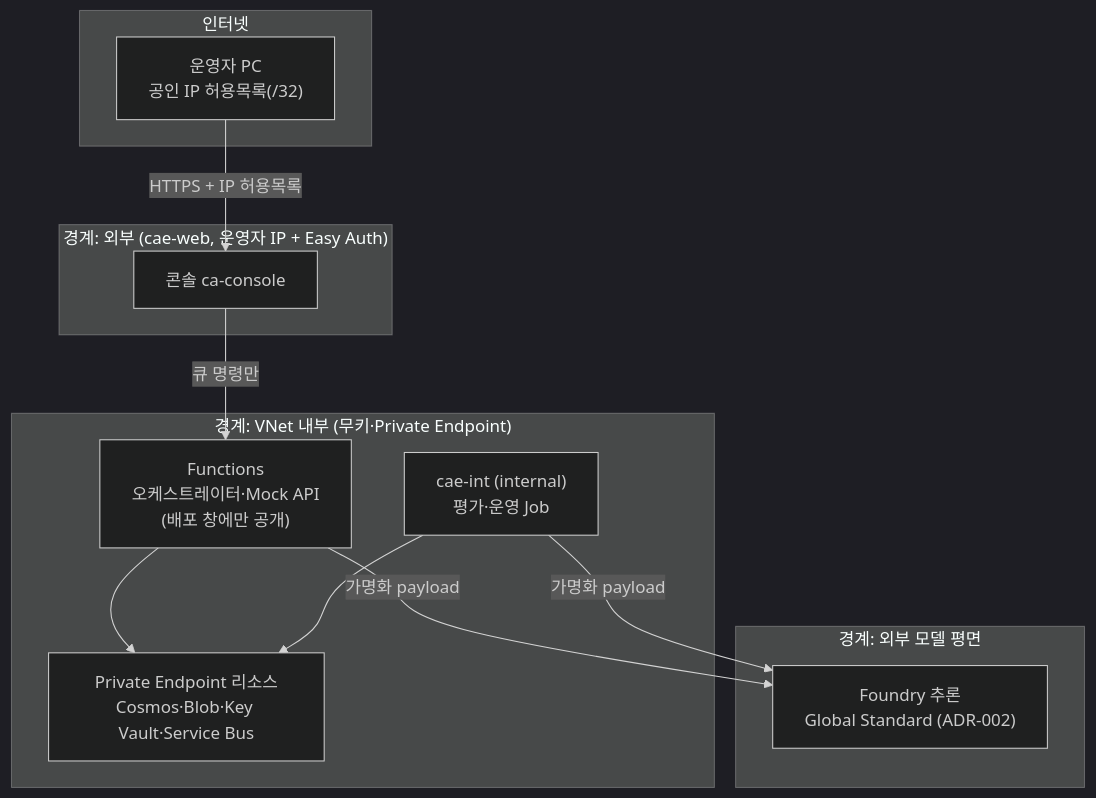
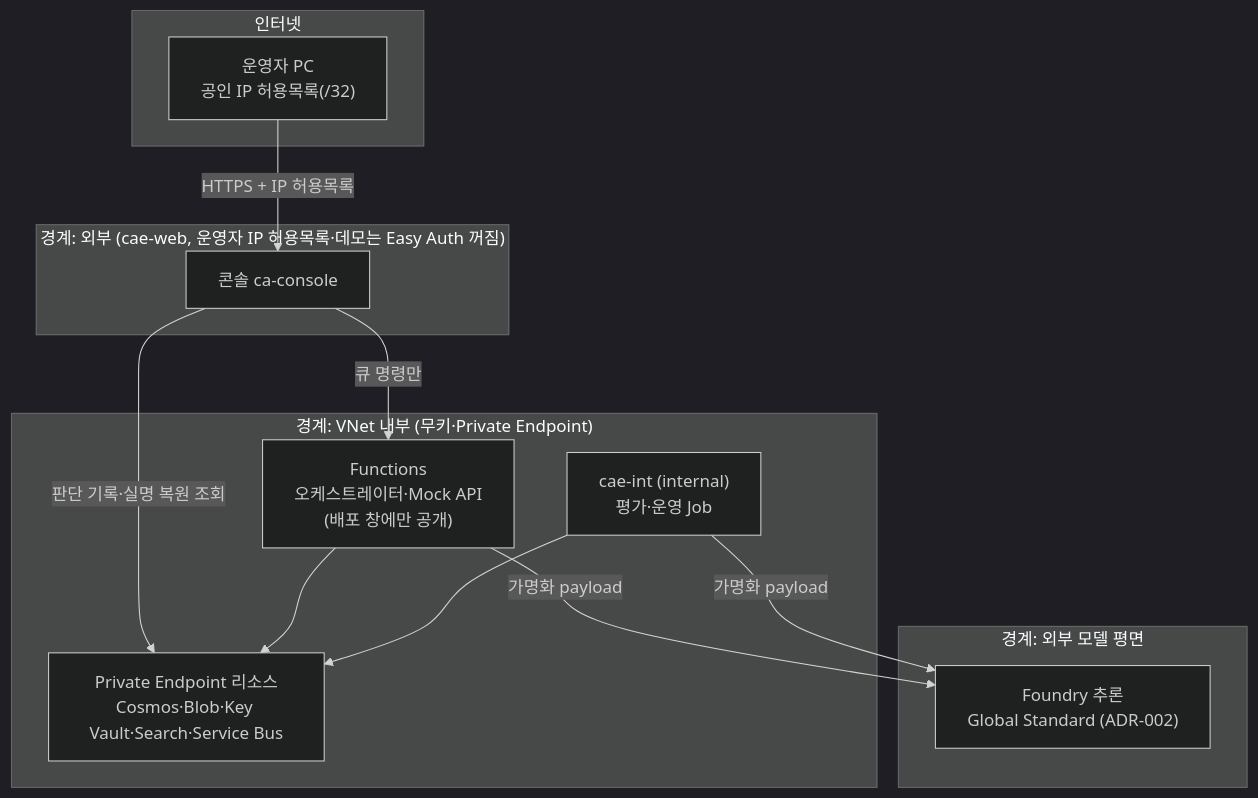
One commit to freeman9844/ms-ama-04 changed the diagram in docs/security/threat-model.md. Above: the diagram before and after it, drawn with Mermaid (dark theme). The commit also changed other lines of this file, not shown here.

````diff
--- a/docs/security/threat-model.md
+++ b/docs/security/threat-model.md
@@ -22,23 +22,24 @@
 ```mermaid
 flowchart TB
   subgraph NET["인터넷"]
     OP["운영자 PC\n공인 IP 허용목록(/32)"]
   end
-  subgraph WEB["경계: 외부 (cae-web, 운영자 IP + Easy Auth)"]
+  subgraph WEB["경계: 외부 (cae-web, 운영자 IP 허용목록·데모는 Easy Auth 꺼짐)"]
     CONSOLE["콘솔 ca-console"]
   end
   subgraph VNET["경계: VNet 내부 (무키·Private Endpoint)"]
     FUNC["Functions\n오케스트레이터·Mock API\n(배포 창에만 공개)"]
     INT["cae-int (internal)\n평가·운영 Job"]
-    PE["Private Endpoint 리소스\nCosmos·Blob·Key Vault·Service Bus"]
+    PE["Private Endpoint 리소스\nCosmos·Blob·Key Vault·Search·Service Bus"]
   end
   subgraph EXT["경계: 외부 모델 평면"]
     FOUNDRY["Foundry 추론\nGlobal Standard (ADR-002)"]
   end
   OP -->|HTTPS + IP 허용목록| CONSOLE
   CONSOLE -->|큐 명령만| FUNC
+  CONSOLE -->|판단 기록·실명 복원 조회| PE
   FUNC --> PE
   INT --> PE
   FUNC -->|가명화 payload| FOUNDRY
   INT -->|가명화 payload| FOUNDRY
 ```
````
